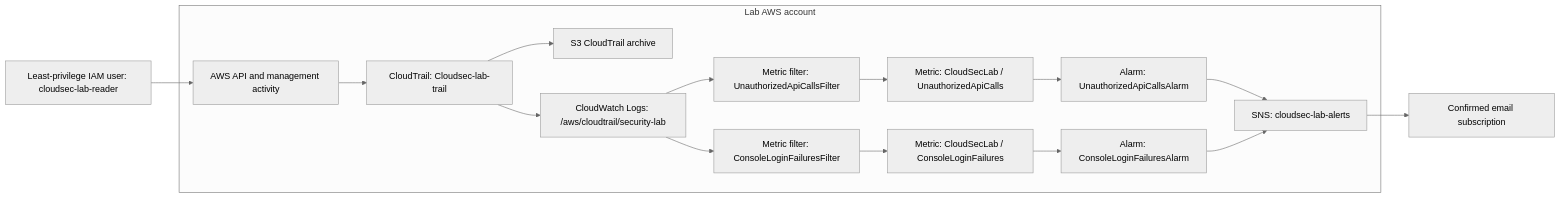
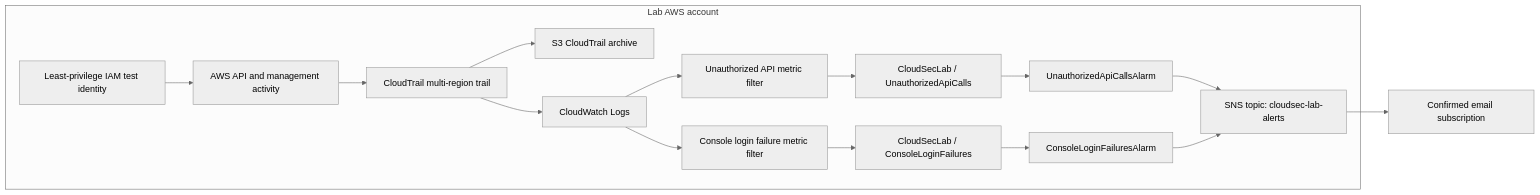
One commit to Aman9422/aws-cloud-security-monitoring-lab changed the diagram in architecture/architecture.md. Above: the diagram before and after it, drawn with Mermaid (neutral theme). The commit also changed other lines of this file, not shown here.

Commit message:
docs: refine architecture and verification boundaries

````diff
--- a/architecture/architecture.md
+++ b/architecture/architecture.md
@@ -5,18 +7,18 @@
 ```mermaid
 flowchart LR
-    subgraph AWSAccount[Lab AWS account]
-      APICalls[AWS API and management activity] --> CT[CloudTrail: Cloudsec-lab-trail]
+    subgraph Account[Lab AWS account]
+      Identity[Least-privilege IAM test identity] --> Activity[AWS API and management activity]
+      Activity --> CT[CloudTrail multi-region trail]
       CT --> S3[S3 CloudTrail archive]
-      CT --> CWL[CloudWatch Logs: /aws/cloudtrail/security-lab]
-      CWL --> MF1[Metric filter: UnauthorizedApiCallsFilter]
-      CWL --> MF2[Metric filter: ConsoleLoginFailuresFilter]
-      MF1 --> M1[Metric: CloudSecLab / UnauthorizedApiCalls]
-      MF2 --> M2[Metric: CloudSecLab / ConsoleLoginFailures]
-      M1 --> A1[Alarm: UnauthorizedApiCallsAlarm]
-      M2 --> A2[Alarm: ConsoleLoginFailuresAlarm]
-      A1 --> SNS[SNS: cloudsec-lab-alerts]
-      A2 --> SNS
+      CT --> Logs[CloudWatch Logs]
+      Logs --> Unauthorized[Unauthorized API metric filter]
+      Logs --> ConsoleLogin[Console login failure metric filter]
+      Unauthorized --> Metric1[CloudSecLab / UnauthorizedApiCalls]
+      ConsoleLogin --> Metric2[CloudSecLab / ConsoleLoginFailures]
+      Metric1 --> Alarm1[UnauthorizedApiCallsAlarm]
+      Metric2 --> Alarm2[ConsoleLoginFailuresAlarm]
+      Alarm1 --> SNS[SNS topic: cloudsec-lab-alerts]
+      Alarm2 --> SNS
     end
     SNS --> Email[Confirmed email subscription]
-    IAMUser[Least-privilege IAM user: cloudsec-lab-reader] --> APICalls
 ```
````
